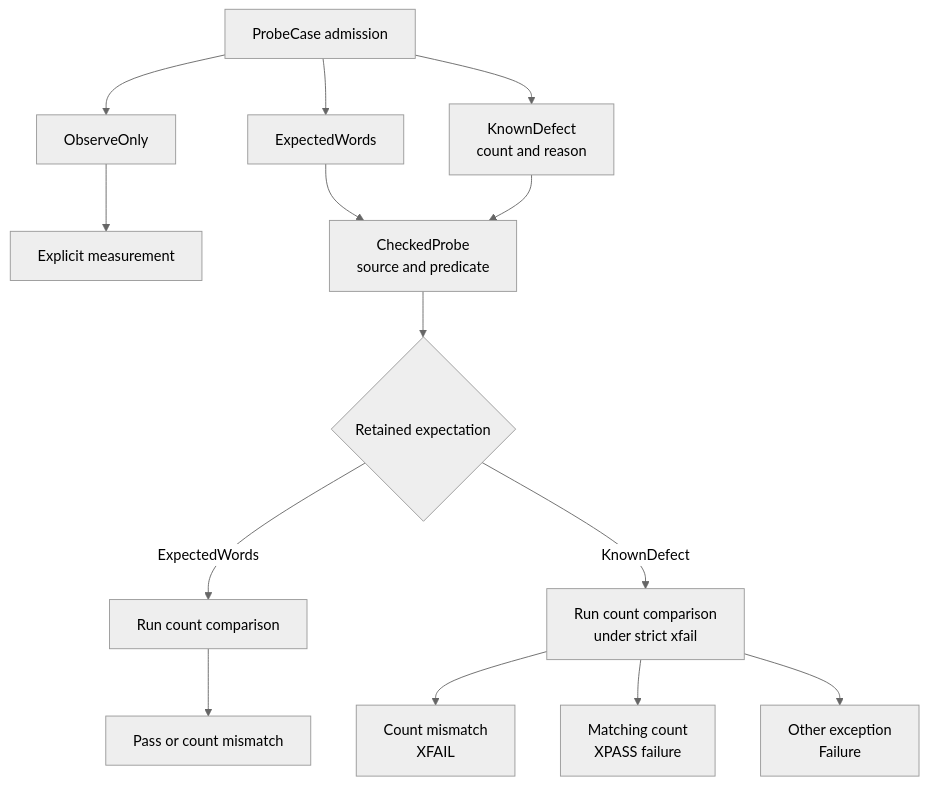
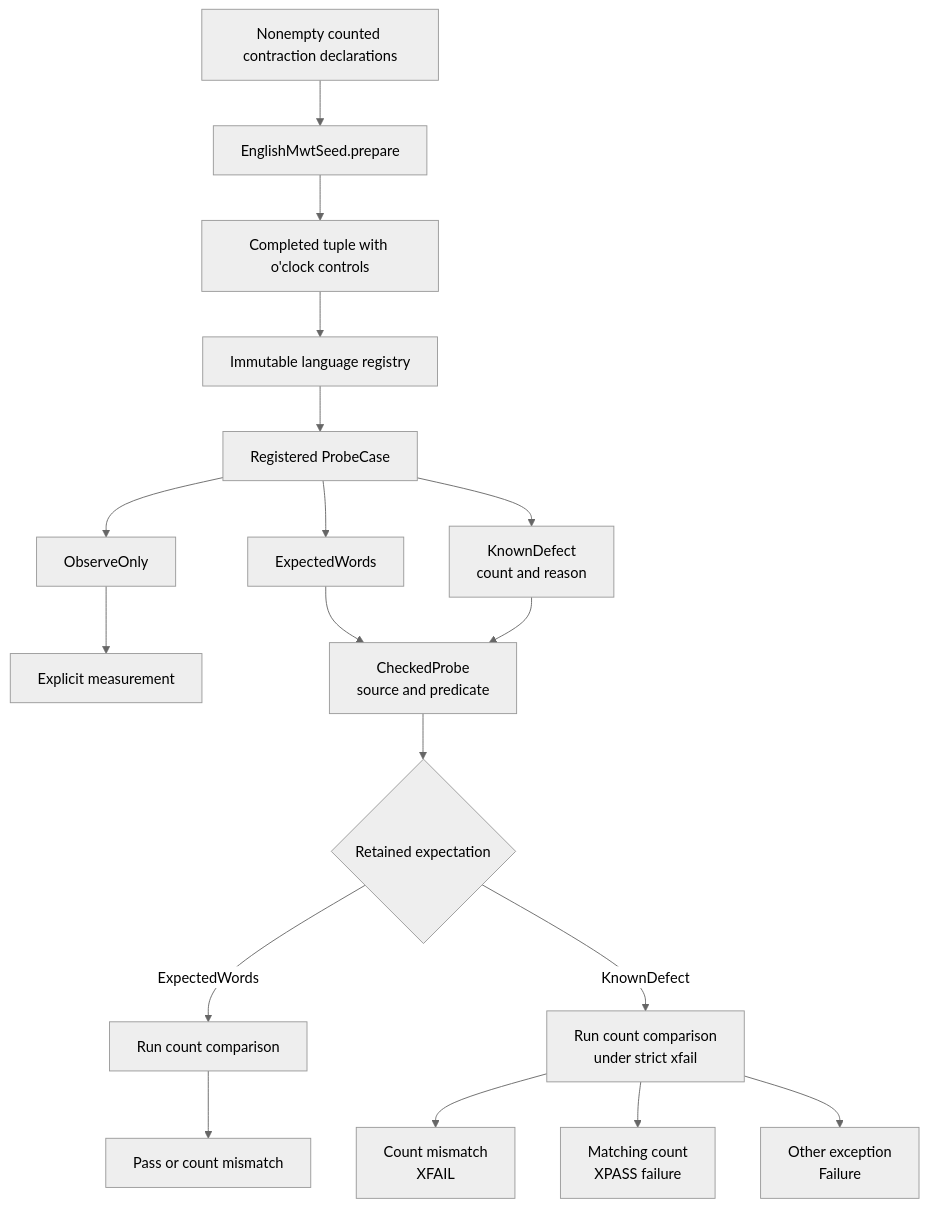
One commit to FranklinChen/talkbank-tools changed the second of 4 diagrams in book/src/batchalign/developer/investigation-probe-harnesses.md. Above: the diagram before and after it, drawn with Mermaid (neutral theme). The commit also changed other lines of this file and 6 other files, not shown here.

First line of the commit message:
Require prepared English probe seeds in the immutable registry

````diff
--- a/book/src/batchalign/developer/investigation-probe-harnesses.md
+++ b/book/src/batchalign/developer/investigation-probe-harnesses.md
@@ -96,16 +109,20 @@
 ```mermaid
 flowchart TD
-    case["ProbeCase admission"] --> observe["ObserveOnly"]
+    contractions["Nonempty counted contraction declarations"] --> seed["EnglishMwtSeed.prepare"]
+    seed --> prepared["Completed tuple with o'clock controls"]
+    prepared --> registry["Immutable language registry"]
+    registry --> case
+    case["Registered ProbeCase"] --> observe["ObserveOnly"]
     case --> expected["ExpectedWords"]
     case --> defect["KnownDefect<br/>count and reason"]
     observe --> record["Explicit measurement"]
     expected --> admitted["CheckedProbe<br/>source and predicate"]
     defect --> admitted
     admitted --> policy{"Retained expectation"}
     policy -->|"ExpectedWords"| check["Run count comparison"]
     policy -->|"KnownDefect"| strict["Run count comparison<br/>under strict xfail"]
     check --> ordinary["Pass or count mismatch"]
     strict --> mismatch["Count mismatch<br/>XFAIL"]
     strict --> fixed["Matching count<br/>XPASS failure"]
     strict --> error["Other exception<br/>Failure"]
 ```
````
